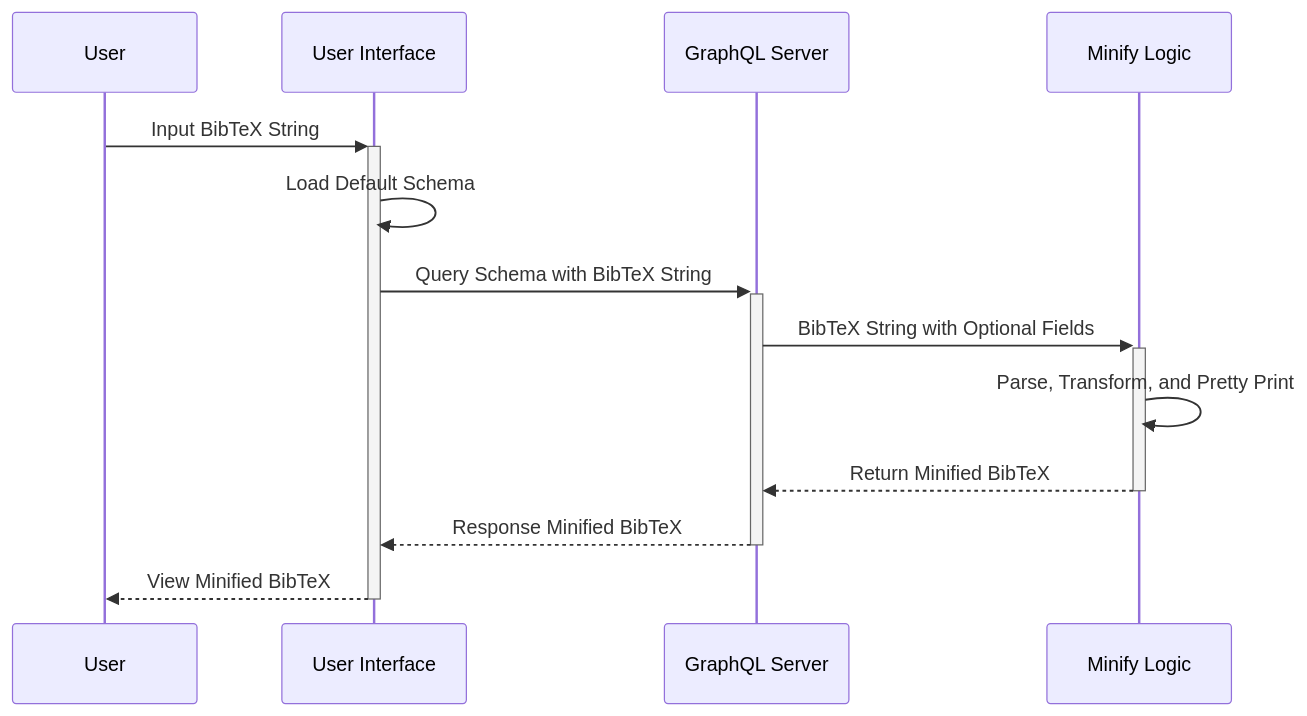
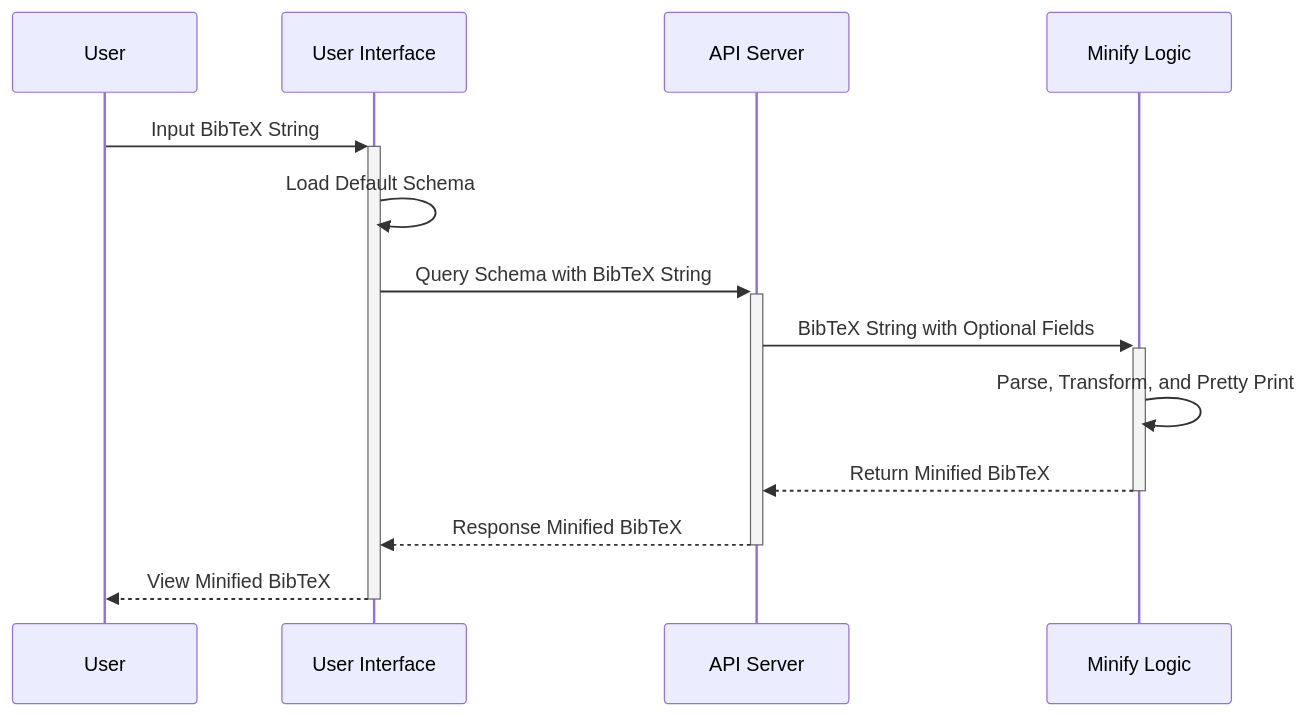
One commit to matonix/bibmin changed the diagram in README.md. Above: the diagram before and after it, drawn with Mermaid. The commit also changed other lines of this file and 11 other files, not shown here.

````diff
--- a/README.md
+++ b/README.md
@@ -7,17 +4,17 @@
 ```mermaid
 sequenceDiagram
 	participant US as User
 	participant UI as User Interface
-	participant GS as GraphQL Server
+	participant AS as API Server
 	participant ML as Minify Logic
 	US ->>+ UI: Input BibTeX String
 	UI ->> UI: Load Default Schema
-	UI ->>+ GS: Query Schema with BibTeX String
-	GS ->>+ ML: BibTeX String with Optional Fields
+	UI ->>+ AS: Query Schema with BibTeX String
+	AS ->>+ ML: BibTeX String with Optional Fields
 	ML ->> ML: Parse, Transform, and Pretty Print
-	ML -->>- GS: Return Minified BibTeX
-	GS -->>- UI: Response Minified BibTeX
+	ML -->>- AS: Return Minified BibTeX
+	AS -->>- UI: Response Minified BibTeX
 	UI -->>- US: View Minified BibTeX
 
 
 ```
````
